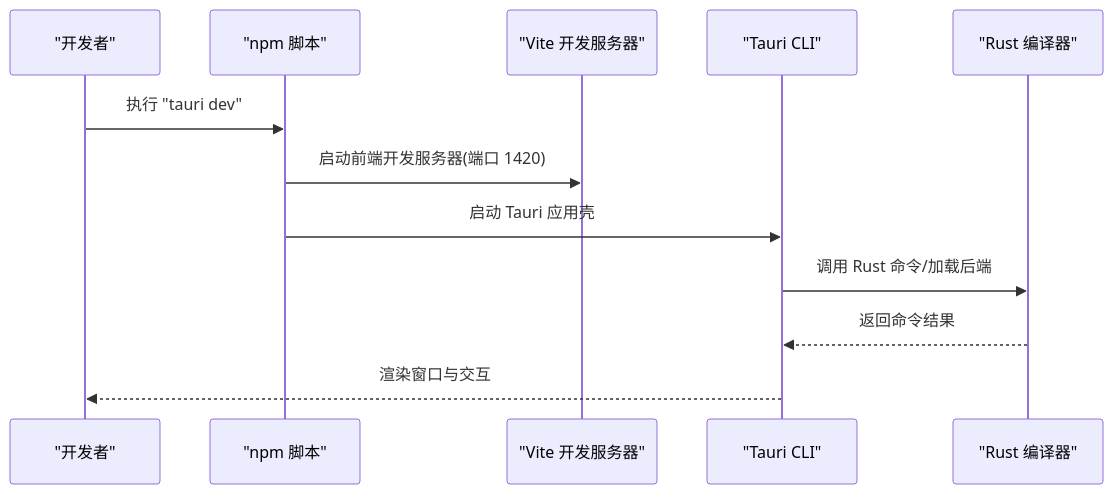
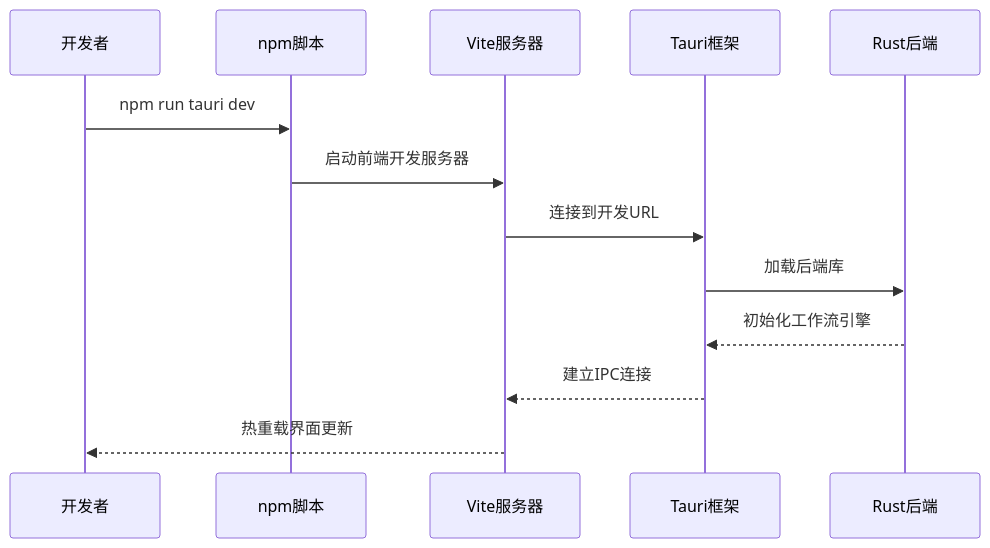
One commit to 2025ppo/aqw changed the fourth of 7 diagrams in .qoder/repowiki/zh/content/快速开始.md. Above: the diagram before and after it, drawn with Mermaid. The commit also changed other lines of this file and 224 other files, not shown here.

````diff
--- a/.qoder/repowiki/zh/content/快速开始.md
+++ b/.qoder/repowiki/zh/content/快速开始.md
@@ -171,14 +213,15 @@
 ```mermaid
 sequenceDiagram
-participant Dev as "开发者"
-participant NPM as "npm 脚本"
-participant Vite as "Vite 开发服务器"
-participant Tauri as "Tauri CLI"
-participant Cargo as "Rust 编译器"
-Dev->>NPM : 执行 "tauri dev"
-NPM->>Vite : 启动前端开发服务器(端口 1420)
-NPM->>Tauri : 启动 Tauri 应用壳
-Tauri->>Cargo : 调用 Rust 命令/加载后端
-Cargo-->>Tauri : 返回命令结果
-Tauri-->>Dev : 渲染窗口与交互
+participant Dev as 开发者
+participant NPM as npm脚本
+participant Vite as Vite服务器
+participant Tauri as Tauri框架
+participant Rust as Rust后端
+Dev->>NPM : npm run tauri dev
+NPM->>Vite : 启动前端开发服务器
+Vite->>Tauri : 连接到开发URL
+Tauri->>Rust : 加载后端库
+Rust-->>Tauri : 初始化工作流引擎
+Tauri-->>Vite : 建立IPC连接
+Vite-->>Dev : 热重载界面更新
 ```
````
